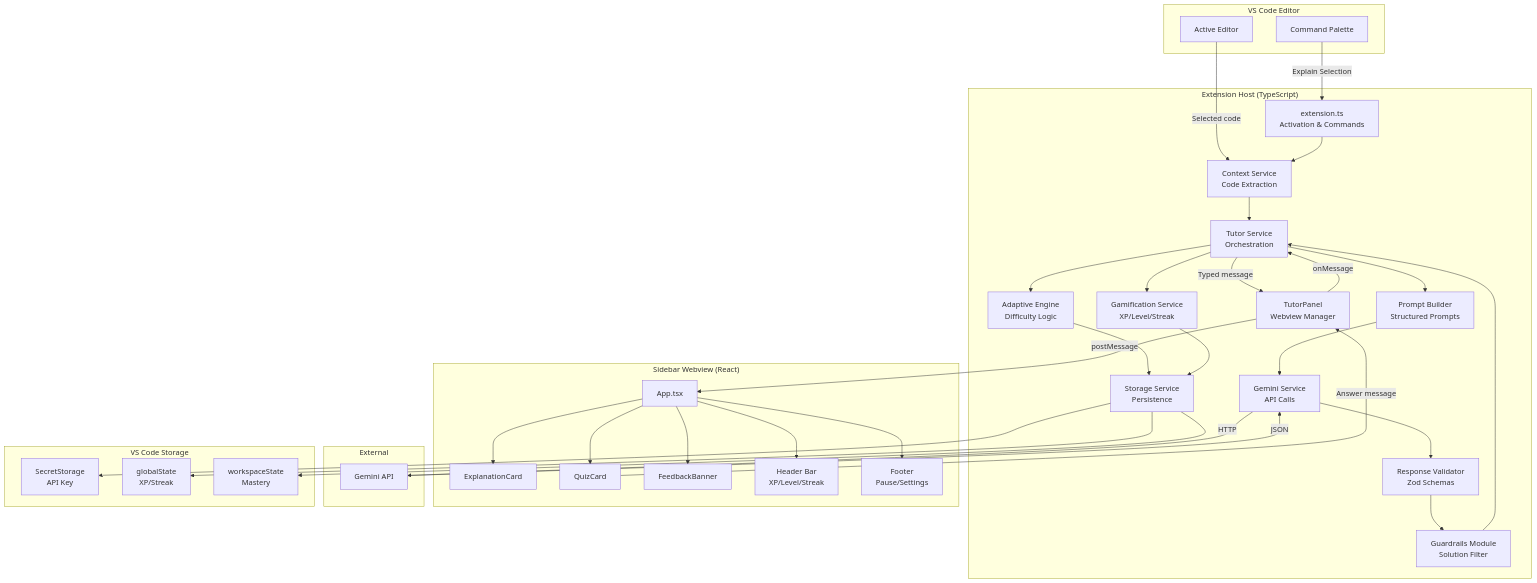
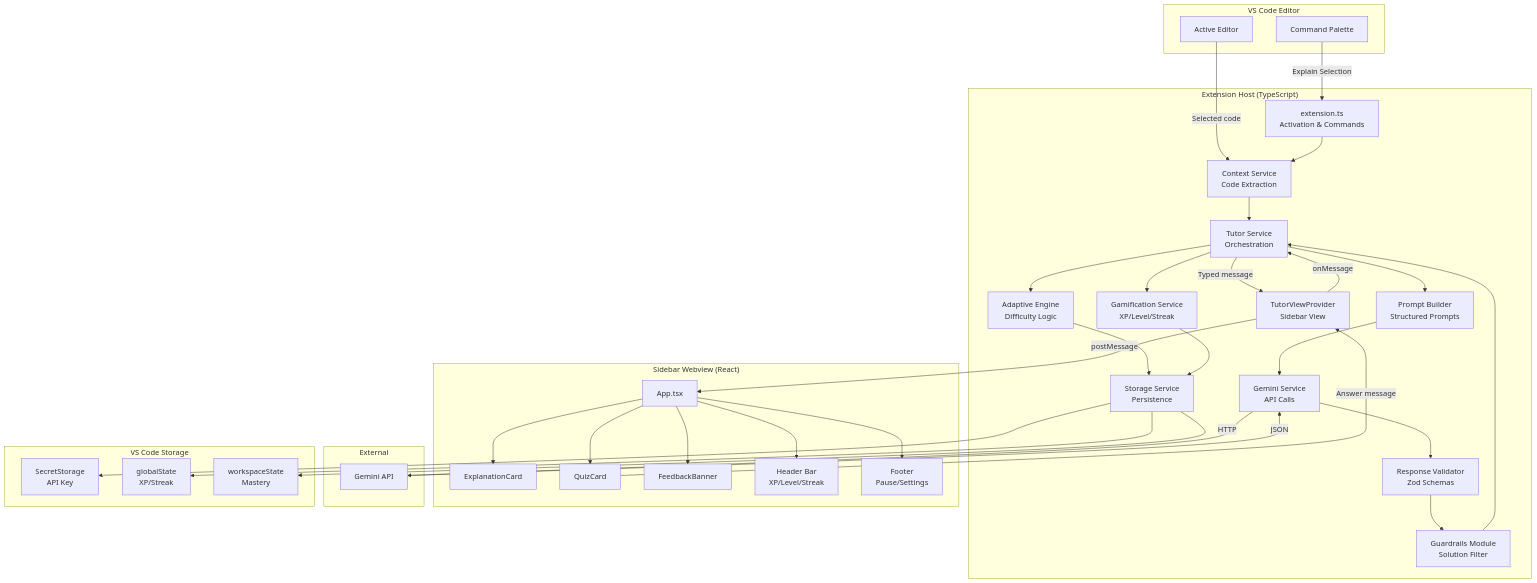
One commit to tannosukeee/KiroHacks changed the first of 2 diagrams in .kiro/specs/core-tutor-loop/design.md. Above: the diagram before and after it, drawn with Mermaid. The commit also changed other lines of this file and 2 other files, not shown here.

````diff
--- a/.kiro/specs/core-tutor-loop/design.md
+++ b/.kiro/specs/core-tutor-loop/design.md
@@ -31,68 +31,68 @@
 ```mermaid
 graph TB
     subgraph "VS Code Editor"
         Editor[Active Editor]
         Cmd[Command Palette]
     end
 
     subgraph "Extension Host (TypeScript)"
         Ext[extension.ts<br/>Activation & Commands]
         CS[Context Service<br/>Code Extraction]
         TS[Tutor Service<br/>Orchestration]
         PB[Prompt Builder<br/>Structured Prompts]
         GS[Gemini Service<br/>API Calls]
         RV[Response Validator<br/>Zod Schemas]
         GR[Guardrails Module<br/>Solution Filter]
         AE[Adaptive Engine<br/>Difficulty Logic]
         GF[Gamification Service<br/>XP/Level/Streak]
         SS[Storage Service<br/>Persistence]
-        TP[TutorPanel<br/>Webview Manager]
+        TP[TutorViewProvider<br/>Sidebar View]
     end
 
     subgraph "Sidebar Webview (React)"
         App[App.tsx]
         EC[ExplanationCard]
         QC[QuizCard]
         FB[FeedbackBanner]
         HB[Header Bar<br/>XP/Level/Streak]
         FT[Footer<br/>Pause/Settings]
     end
 
     subgraph "External"
         Gemini[Gemini API]
     end
 
     subgraph "VS Code Storage"
         Secret[SecretStorage<br/>API Key]
         Global[globalState<br/>XP/Streak]
         Workspace[workspaceState<br/>Mastery]
     end
 
     Cmd -->|"Explain Selection"| Ext
     Editor -->|Selected code| CS
     Ext --> CS
     CS --> TS
     TS --> PB
     PB --> GS
     GS -->|HTTP| Gemini
     Gemini -->|JSON| GS
     GS --> RV
     RV --> GR
     GR --> TS
     TS -->|Typed message| TP
     TP -->|postMessage| App
     App --> EC
     App --> QC
     App --> FB
     App --> HB
     App --> FT
     QC -->|Answer message| TP
     TP -->|onMessage| TS
     TS --> AE
     TS --> GF
     AE --> SS
     GF --> SS
     SS --> Global
     SS --> Workspace
     SS --> Secret
 ```
````
